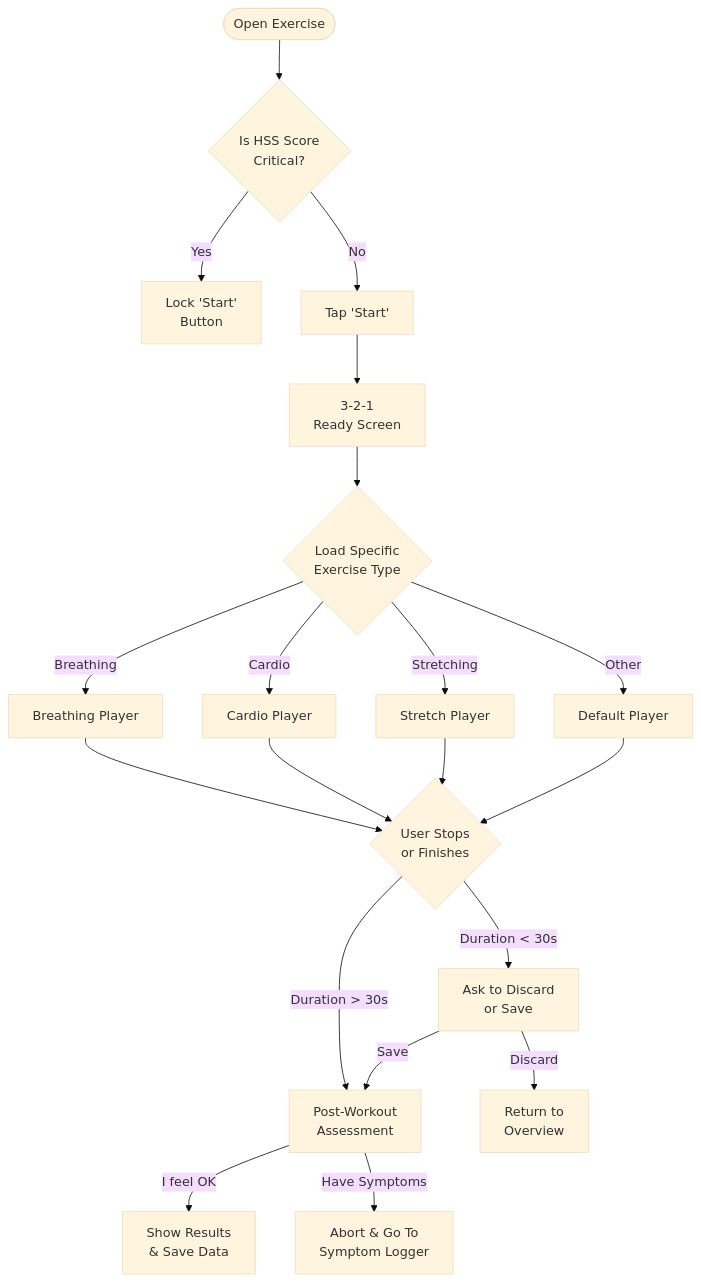
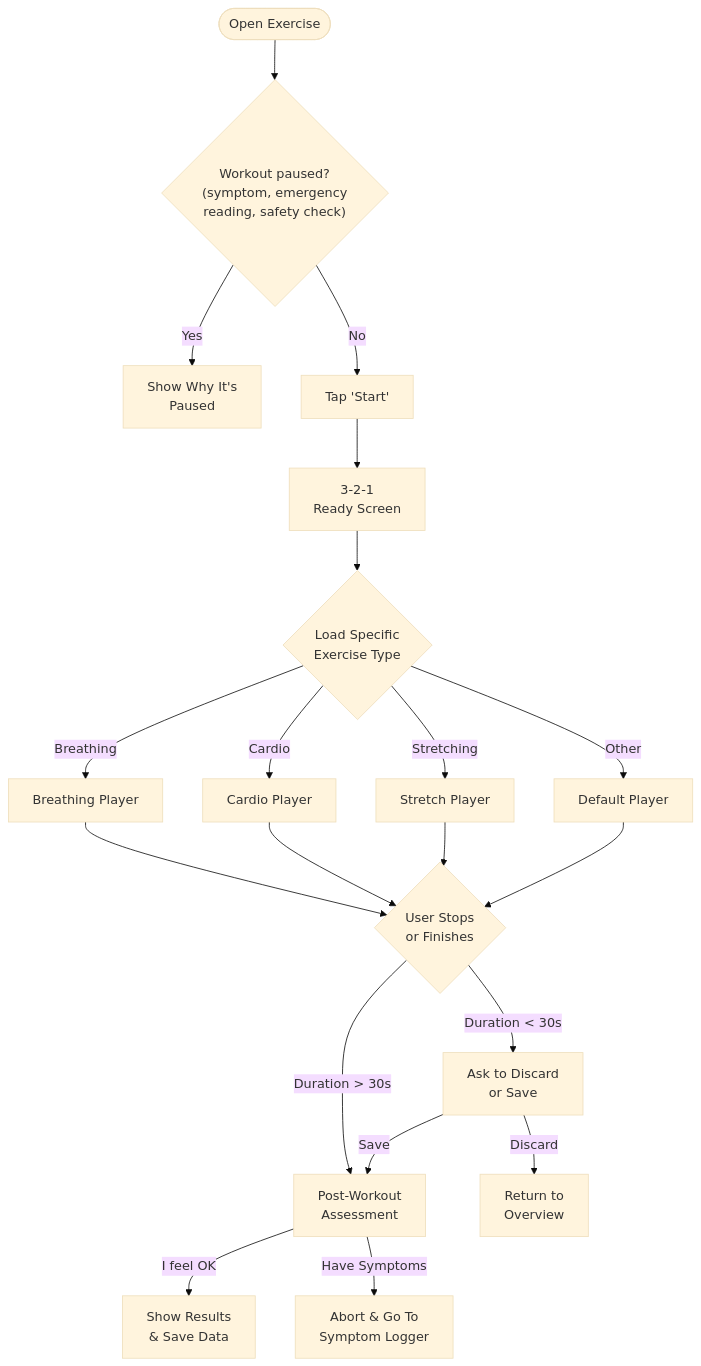
Before and after one commit to Quixotic-MJ/HEARTLINK_APP: diagram 13 of 18 in documentation/USER_FLOWS.md, drawn with Mermaid (base theme). The commit also changed other lines of this file and 31 other files, not shown here.

````diff
--- a/documentation/USER_FLOWS.md
+++ b/documentation/USER_FLOWS.md
@@ -414,26 +441,26 @@
 ```mermaid
 flowchart TD
-    A(["Open Exercise"]) --> B{"Is HSS Score<br/>Critical?"}
+    A(["Open Exercise"]) --> B{"Workout paused?<br/>(symptom, emergency<br/>reading, safety check)"}
     
-    B -- Yes --> C["Lock 'Start'<br/>Button"]
+    B -- Yes --> C["Show Why It's<br/>Paused"]
     B -- No --> D["Tap 'Start'"]
     
     D --> E["3-2-1<br/>Ready Screen"]
     E --> F{"Load Specific<br/>Exercise Type"}
     
     F -- Breathing --> G1["Breathing Player"]
     F -- Cardio --> G2["Cardio Player"]
     F -- Stretching --> G3["Stretch Player"]
     F -- Other --> G4["Default Player"]
     
     G1 & G2 & G3 & G4 --> H{"User Stops<br/>or Finishes"}
     
     H -- Duration < 30s --> I["Ask to Discard<br/>or Save"]
     H -- Duration > 30s --> J["Post-Workout<br/>Assessment"]
     
     I -- Save --> J
     I -- Discard --> K["Return to<br/>Overview"]
     
     J -- "I feel OK" --> L["Show Results<br/>& Save Data"]
     J -- "Have Symptoms" --> M["Abort & Go To<br/>Symptom Logger"]
 ```
````
